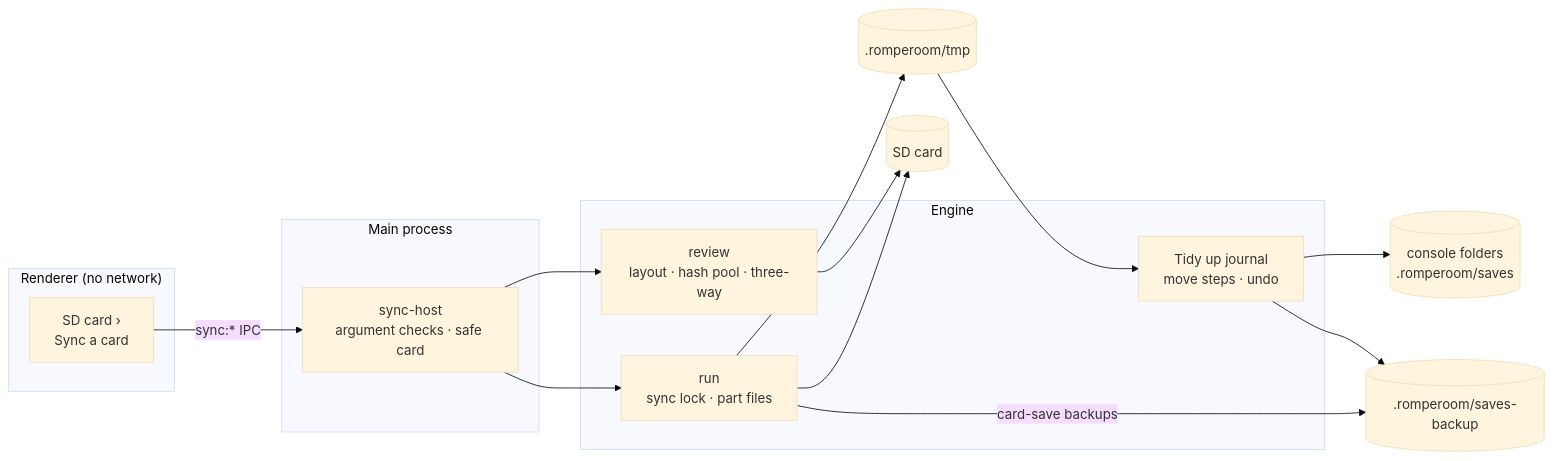
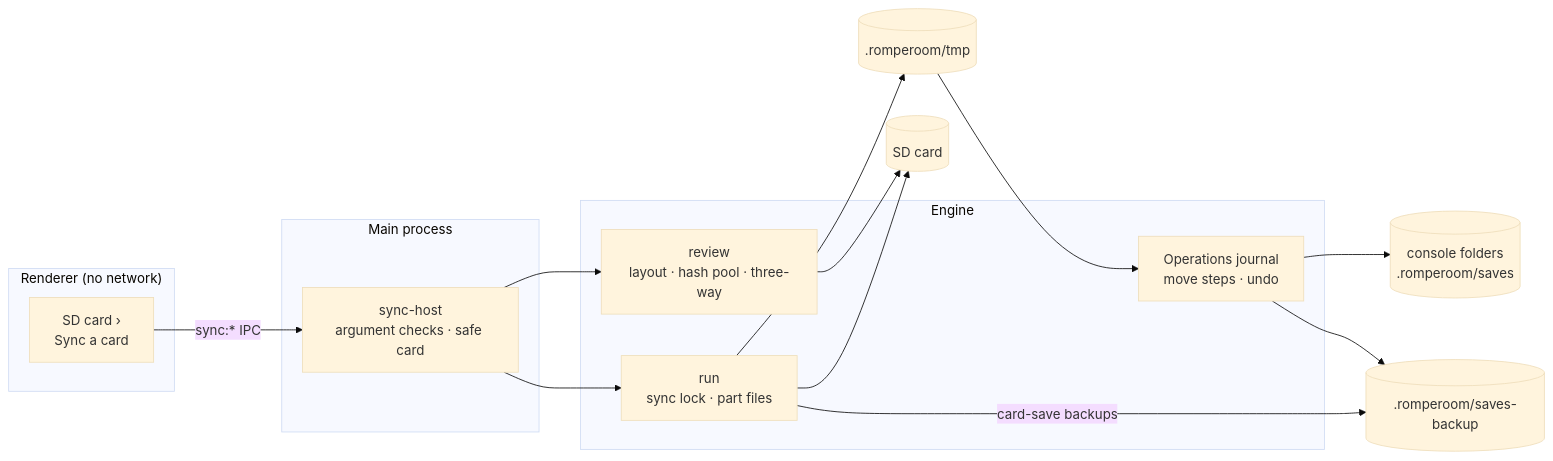
One commit to MakerCorn/romperoom-releases changed diagram 15 of 18 in docs/architecture.md. Above: the diagram before and after it, drawn with Mermaid (base theme). The commit also changed other lines of this file and 98 other files, not shown here.

````diff
--- a/docs/architecture.md
+++ b/docs/architecture.md
@@ -1556,22 +1613,22 @@
 ```mermaid
 flowchart LR
   subgraph R["Renderer (no network)"]
     P["SD card ›<br/>Sync a card"]
   end
   subgraph M["Main process"]
     H["sync-host<br/>argument checks · safe card"]
   end
   subgraph E["Engine"]
     RV["review<br/>layout · hash pool · three-way"]
     RN["run<br/>sync lock · part files"]
-    J["Tidy up journal<br/>move steps · undo"]
+    J["Operations journal<br/>move steps · undo"]
   end
   P -- "sync:* IPC" --> H --> RV
   H --> RN
   RV --> CARD[("SD card")]
   RN --> TMP[(".romperoom/tmp")] --> J
   J --> LIB[("console folders<br/>.romperoom/saves")]
   RN --> CARD
   J --> BAK[(".romperoom/saves-backup")]
   RN -- "card-save backups" --> BAK
 ```
````
